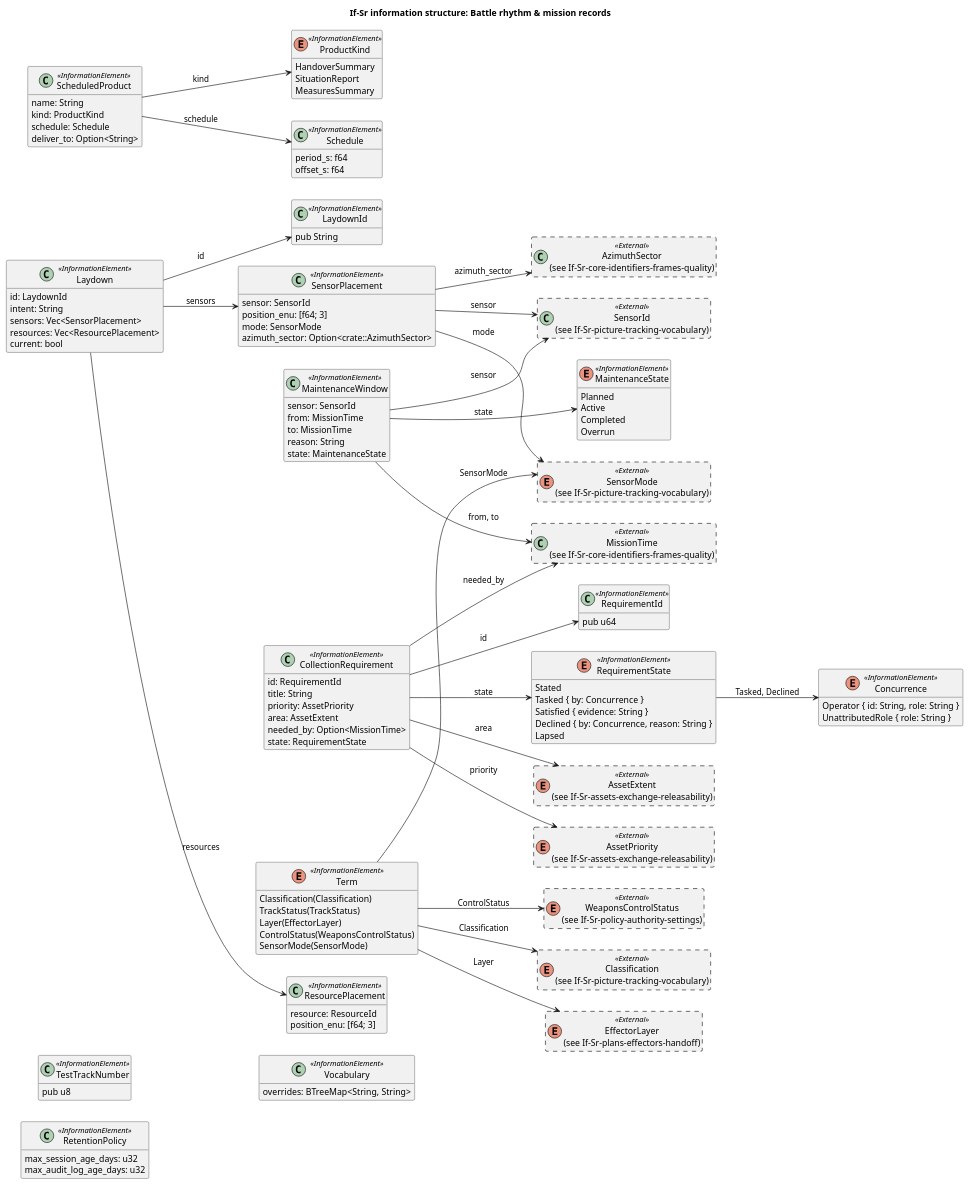
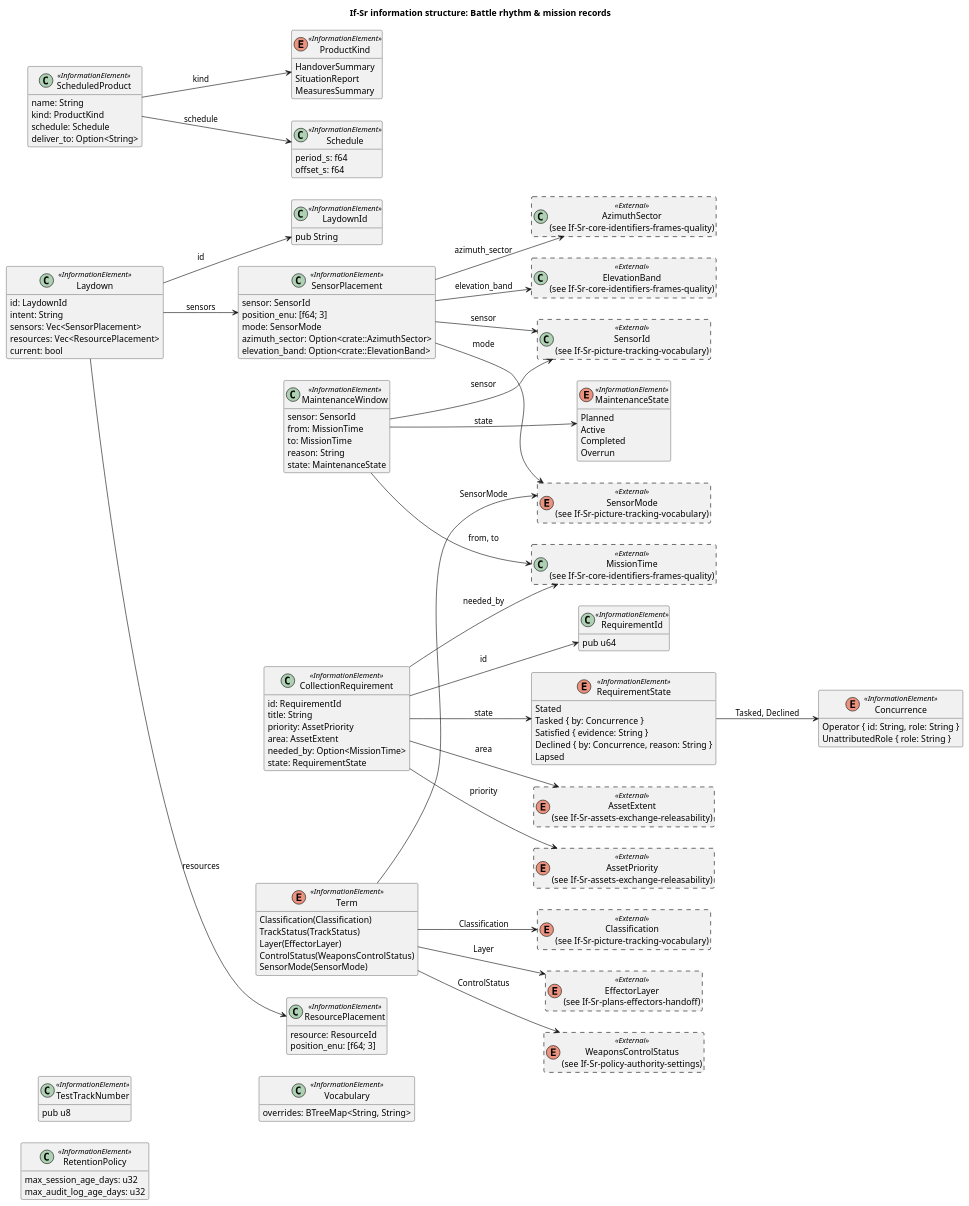
Before and after one commit to WayneRoessling/gungnir: the diagram in docs/architecture/uaf/information/If-Sr-battle-rhythm-mission-records.puml, drawn with PlantUML. The commit also changed 38 other files, not shown here.

```diff
--- a/docs/architecture/uaf/information/If-Sr-battle-rhythm-mission-records.puml
+++ b/docs/architecture/uaf/information/If-Sr-battle-rhythm-mission-records.puml
@@ -1,132 +1,136 @@
 @startuml If-Sr-battle-rhythm-mission-records
 title If-Sr information structure: Battle rhythm & mission records
 left to right direction
 hide empty members
 skinparam classAttributeIconSize 0
 class "LaydownId" as LaydownId <<InformationElement>> {
   pub String
 }
 class "SensorPlacement" as SensorPlacement <<InformationElement>> {
   sensor: SensorId
   position_enu: [f64; 3]
   mode: SensorMode
   azimuth_sector: Option<crate::AzimuthSector>
+  elevation_band: Option<crate::ElevationBand>
 }
 class "ResourcePlacement" as ResourcePlacement <<InformationElement>> {
   resource: ResourceId
   position_enu: [f64; 3]
 }
 class "Laydown" as Laydown <<InformationElement>> {
   id: LaydownId
   intent: String
   sensors: Vec<SensorPlacement>
   resources: Vec<ResourcePlacement>
   current: bool
 }
 class "TestTrackNumber" as TestTrackNumber <<InformationElement>> {
   pub u8
 }
 class "RequirementId" as RequirementId <<InformationElement>> {
   pub u64
 }
 enum "Concurrence" as Concurrence <<InformationElement>> {
   Operator { id: String, role: String }
   UnattributedRole { role: String }
 }
 class "CollectionRequirement" as CollectionRequirement <<InformationElement>> {
   id: RequirementId
   title: String
   priority: AssetPriority
   area: AssetExtent
   needed_by: Option<MissionTime>
   state: RequirementState
 }
 enum "RequirementState" as RequirementState <<InformationElement>> {
   Stated
   Tasked { by: Concurrence }
   Satisfied { evidence: String }
   Declined { by: Concurrence, reason: String }
   Lapsed
 }
 class "RetentionPolicy" as RetentionPolicy <<InformationElement>> {
   max_session_age_days: u32
   max_audit_log_age_days: u32
 }
 class "ScheduledProduct" as ScheduledProduct <<InformationElement>> {
   name: String
   kind: ProductKind
   schedule: Schedule
   deliver_to: Option<String>
 }
 enum "ProductKind" as ProductKind <<InformationElement>> {
   HandoverSummary
   SituationReport
   MeasuresSummary
 }
 class "Schedule" as Schedule <<InformationElement>> {
   period_s: f64
   offset_s: f64
 }
 class "MaintenanceWindow" as MaintenanceWindow <<InformationElement>> {
   sensor: SensorId
   from: MissionTime
   to: MissionTime
   reason: String
   state: MaintenanceState
 }
 enum "MaintenanceState" as MaintenanceState <<InformationElement>> {
   Planned
   Active
   Completed
   Overrun
 }
 enum "Term" as Term <<InformationElement>> {
   Classification(Classification)
   TrackStatus(TrackStatus)
   Layer(EffectorLayer)
   ControlStatus(WeaponsControlStatus)
   SensorMode(SensorMode)
 }
 class "Vocabulary" as Vocabulary <<InformationElement>> {
   overrides: BTreeMap<String, String>
 }
 enum "AssetExtent\n(see If-Sr-assets-exchange-releasability)" as AssetExtent <<External>> #line.dashed {
 }
 enum "AssetPriority\n(see If-Sr-assets-exchange-releasability)" as AssetPriority <<External>> #line.dashed {
 }
 class "AzimuthSector\n(see If-Sr-core-identifiers-frames-quality)" as AzimuthSector <<External>> #line.dashed {
 }
 enum "Classification\n(see If-Sr-picture-tracking-vocabulary)" as Classification <<External>> #line.dashed {
 }
 enum "EffectorLayer\n(see If-Sr-plans-effectors-handoff)" as EffectorLayer <<External>> #line.dashed {
 }
+class "ElevationBand\n(see If-Sr-core-identifiers-frames-quality)" as ElevationBand <<External>> #line.dashed {
+}
 class "MissionTime\n(see If-Sr-core-identifiers-frames-quality)" as MissionTime <<External>> #line.dashed {
 }
 class "SensorId\n(see If-Sr-picture-tracking-vocabulary)" as SensorId <<External>> #line.dashed {
 }
 enum "SensorMode\n(see If-Sr-picture-tracking-vocabulary)" as SensorMode <<External>> #line.dashed {
 }
 enum "WeaponsControlStatus\n(see If-Sr-policy-authority-settings)" as WeaponsControlStatus <<External>> #line.dashed {
 }
 SensorPlacement --> AzimuthSector : azimuth_sector
+SensorPlacement --> ElevationBand : elevation_band
 SensorPlacement --> SensorId : sensor
 SensorPlacement --> SensorMode : mode
 Laydown --> LaydownId : id
 Laydown --> ResourcePlacement : resources
 Laydown --> SensorPlacement : sensors
 CollectionRequirement --> AssetExtent : area
 CollectionRequirement --> AssetPriority : priority
 CollectionRequirement --> MissionTime : needed_by
 CollectionRequirement --> RequirementId : id
 CollectionRequirement --> RequirementState : state
 RequirementState --> Concurrence : Tasked, Declined
 ScheduledProduct --> ProductKind : kind
 ScheduledProduct --> Schedule : schedule
 MaintenanceWindow --> MaintenanceState : state
 MaintenanceWindow --> MissionTime : from, to
 MaintenanceWindow --> SensorId : sensor
 Term --> Classification : Classification
 Term --> EffectorLayer : Layer
 Term --> SensorMode : SensorMode
 Term --> WeaponsControlStatus : ControlStatus
 @enduml
```
